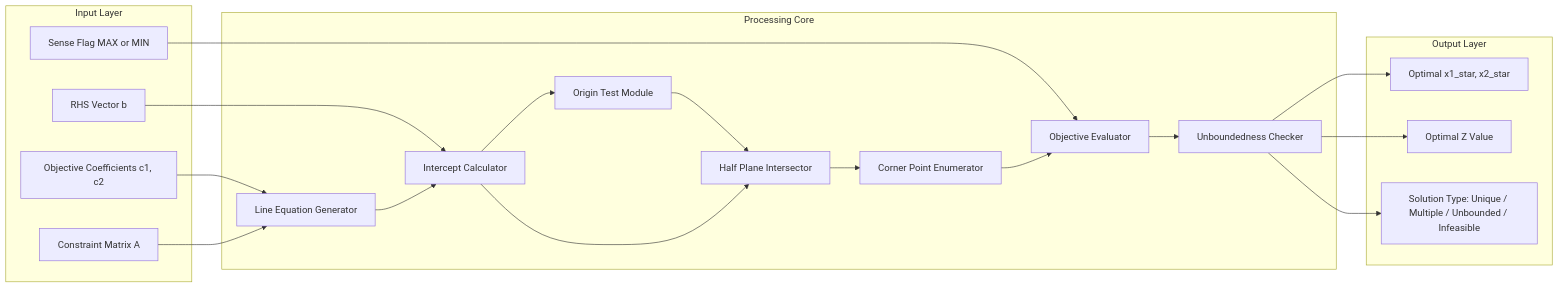
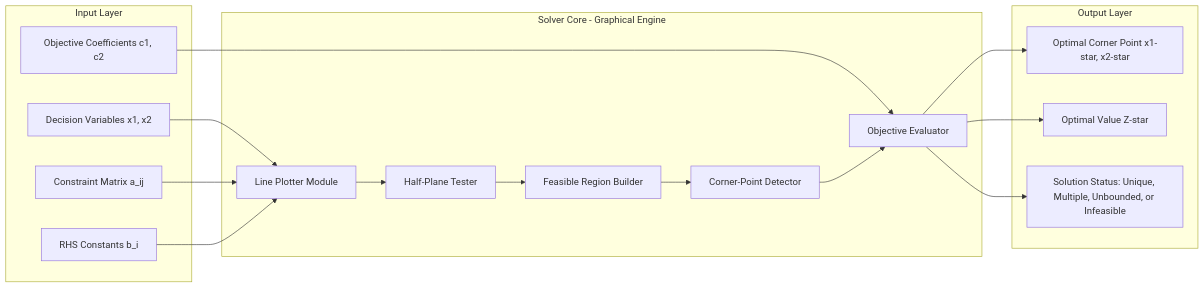
Before and after one commit to vishnuu-kr/ktunode: the second of 3 diagrams in public/notes/computer-science-and-engineering/semester-1/gamat101-mathematics-for-information-science-1/04-module-4-constrained-maxima-and-minima/solution-of-lpp-using-graphic-method/notes.md, drawn with Mermaid. The commit also changed other lines of this file and 4829 other files, not shown here.

````diff
--- a/public/notes/computer-science-and-engineering/semester-1/gamat101-mathematics-for-information-science-1/04-module-4-constrained-maxima-and-minima/solution-of-lpp-using-graphic-method/notes.md
+++ b/public/notes/computer-science-and-engineering/semester-1/gamat101-mathematics-for-information-science-1/04-module-4-constrained-maxima-and-minima/solution-of-lpp-using-graphic-method/notes.md
@@ -324,40 +363,35 @@
 ```mermaid
 flowchart LR
-    subgraph InputLayer["Input Layer"]
-        IN1[Objective Coefficients c1, c2]
-        IN2[Constraint Matrix A]
-        IN3[RHS Vector b]
-        IN4[Sense Flag MAX or MIN]
+    subgraph INPUT["Input Layer"]
+        A1[Decision Variables x1, x2]
+        A2[Objective Coefficients c1, c2]
+        A3[Constraint Matrix a_ij]
+        A4[RHS Constants b_i]
     end
 
-    subgraph ProcessingCore["Processing Core"]
-        PC1[Line Equation Generator]
-        PC2[Intercept Calculator]
-        PC3[Origin Test Module]
-        PC4[Half Plane Intersector]
-        PC5[Corner Point Enumerator]
-        PC6[Objective Evaluator]
-        PC7[Unboundedness Checker]
+    subgraph CORE["Solver Core - Graphical Engine"]
+        B1[Line Plotter Module]
+        B2[Half-Plane Tester]
+        B3[Feasible Region Builder]
+        B4[Corner-Point Detector]
+        B5[Objective Evaluator]
     end
 
-    subgraph OutputLayer["Output Layer"]
-        OUT1[Optimal x1_star, x2_star]
-        OUT2[Optimal Z Value]
-        OUT3[Solution Type: Unique / Multiple / Unbounded / Infeasible]
+    subgraph OUTPUT["Output Layer"]
+        C1[Optimal Corner Point x1-star, x2-star]
+        C2[Optimal Value Z-star]
+        C3[Solution Status: Unique, Multiple, Unbounded, or Infeasible]
     end
 
-    IN1 --> PC1
-    IN2 --> PC1
-    IN3 --> PC2
-    PC1 --> PC2
-    PC2 --> PC3
-    PC3 --> PC4
-    PC2 --> PC4
-    IN4 --> PC6
-    PC4 --> PC5
-    PC5 --> PC6
-    PC6 --> PC7
-    PC7 --> OUT1
-    PC7 --> OUT2
-    PC7 --> OUT3
+    A1 --> B1
+    A2 --> B5
+    A3 --> B1
+    A4 --> B1
+    B1 --> B2
+    B2 --> B3
+    B3 --> B4
+    B4 --> B5
+    B5 --> C1
+    B5 --> C2
+    B5 --> C3
 ```
````
